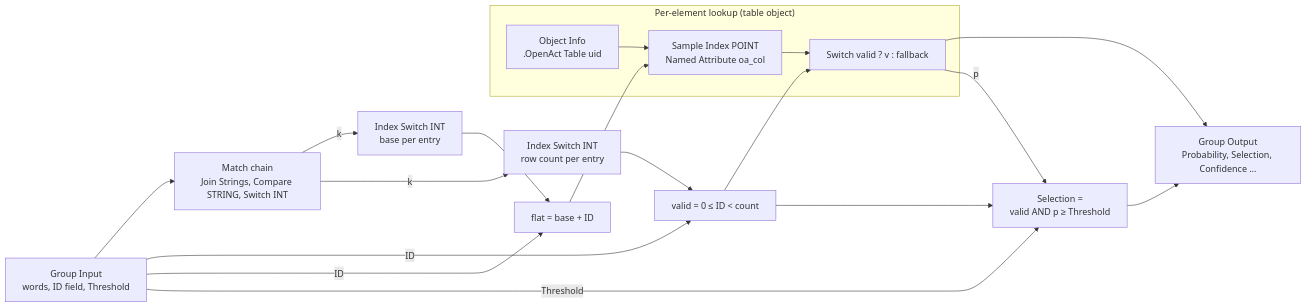
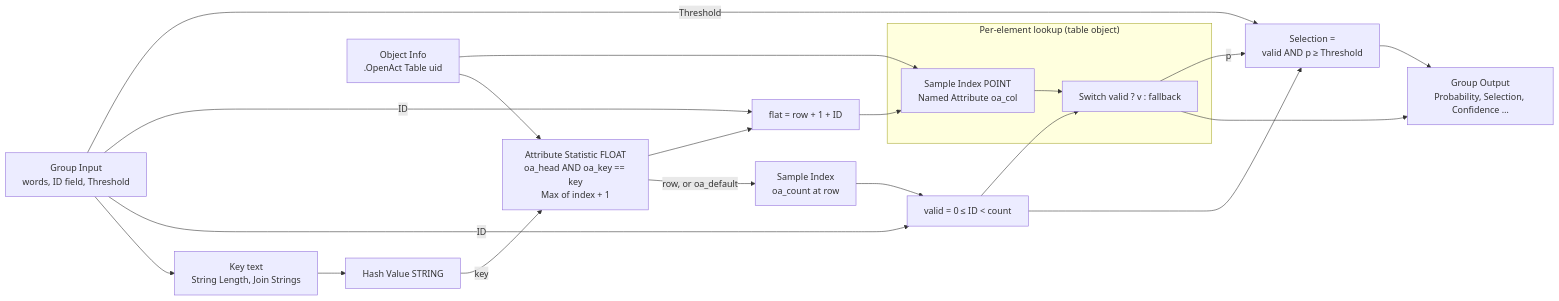
One commit to nicolaiprodromov/openact changed the fifth of 8 diagrams in docs/DESIGN.md. Above: the diagram before and after it, drawn with Mermaid. The commit also changed other lines of this file and 23 other files, not shown here.

````diff
--- a/docs/DESIGN.md
+++ b/docs/DESIGN.md
@@ -2208,21 +2204,23 @@
 ```mermaid
 flowchart LR
-  GI["Group Input<br/>words, ID field, Threshold"] --> MC["Match chain<br/>Join Strings, Compare STRING, Switch INT"]
-  MC -->|"k"| BS["Index Switch INT<br/>base per entry"]
-  MC -->|"k"| CN["Index Switch INT<br/>row count per entry"]
+  GI["Group Input<br/>words, ID field, Threshold"] --> KT["Key text<br/>String Length, Join Strings"]
+  KT --> HV["Hash Value STRING"]
+  HV -->|"key"| AS["Attribute Statistic FLOAT<br/>oa_head AND oa_key == key<br/>Max of index + 1"]
+  OI["Object Info<br/>.OpenAct Table uid"] --> AS
+  AS -->|"row, or oa_default"| CN["Sample Index<br/>oa_count at row"]
   GI -->|"ID"| VA["valid = 0 ≤ ID < count"]
   CN --> VA
-  BS --> FL["flat = base + ID"]
+  AS --> FL["flat = row + 1 + ID"]
   GI -->|"ID"| FL
   subgraph SA["Per-element lookup (table object)"]
-    OI["Object Info<br/>.OpenAct Table uid"] --> SX["Sample Index POINT<br/>Named Attribute oa_col"]
-    SX --> SW["Switch valid ? v : fallback"]
+    SX["Sample Index POINT<br/>Named Attribute oa_col"] --> SW["Switch valid ? v : fallback"]
   end
+  OI --> SX
   FL --> SX
   VA --> SW
   SW --> GO["Group Output<br/>Probability, Selection, Confidence …"]
   GI -->|"Threshold"| TH["Selection =<br/>valid AND p ≥ Threshold"]
   SW -->|"p"| TH
   VA --> TH
   TH --> GO
 ```
````
